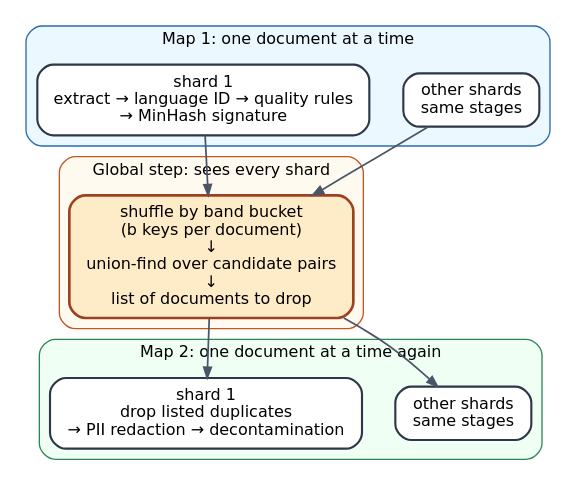
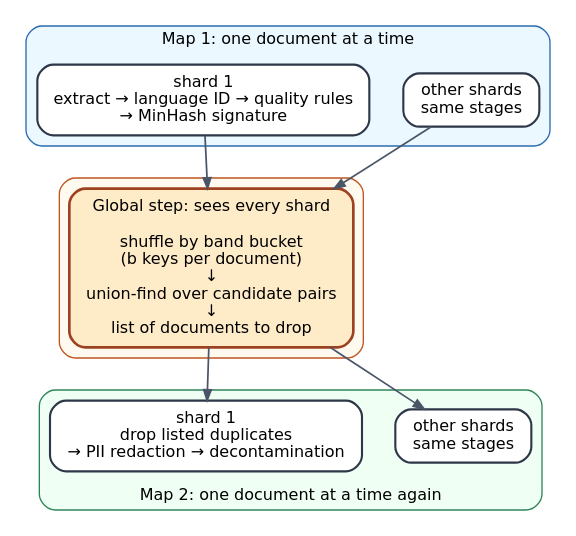
One commit to Beaker12/llmatlas changed the diagram in chapters/04-preprocessing/figures/pipeline-map-shuffle.dot. Above: the diagram before and after it, drawn with Graphviz. The commit also changed 12 other files, not shown here.

First line of the commit message:
Chapter 4: legible figure text, word count as the stated stand-in for text density, schematic re-rendered

```diff
--- a/chapters/04-preprocessing/figures/pipeline-map-shuffle.dot
+++ b/chapters/04-preprocessing/figures/pipeline-map-shuffle.dot
@@ -1,28 +1,28 @@
 digraph pipeline_map_shuffle {
   graph [fontname="DejaVu Sans", nodesep=0.35, ranksep=0.55, newrank=true];
   node  [shape=box, style="rounded,filled", fontname="DejaVu Sans", fontsize=12, color="#4a5568", penwidth=1.4, margin="0.18,0.10"];
   edge  [color="#4a5568", penwidth=1.3, arrowsize=0.8];
 
   subgraph cluster_map1 {
     label="Map 1: one document at a time"; fontname="DejaVu Sans"; fontsize=12;
     style="rounded,filled"; fillcolor="#ebf8ff"; color="#2b6cb0";
     m2 [label="other shards\nsame stages", fillcolor="#ffffff", color="#2d3748", penwidth=1.6];
     m1 [label="shard 1\nextract → language ID → quality rules\n→ MinHash signature", fillcolor="#ffffff", color="#2d3748", penwidth=1.6];
   }
 
   subgraph cluster_global {
-    label="Global step: sees every shard"; fontname="DejaVu Sans"; fontsize=12;
+    label=""; fontname="DejaVu Sans"; fontsize=12;
     style="rounded,filled"; fillcolor="#fffaf0"; color="#c05621";
-    g [label="shuffle by band bucket\n(b keys per document)\n↓\nunion-find over candidate pairs\n↓\nlist of documents to drop", fillcolor="#feebc8", color="#9c4221", penwidth=2.0];
+    g [label="Global step: sees every shard\n\nshuffle by band bucket\n(b keys per document)\n↓\nunion-find over candidate pairs\n↓\nlist of documents to drop", fillcolor="#feebc8", color="#9c4221", penwidth=2.0];
   }
 
   subgraph cluster_map2 {
-    label="Map 2: one document at a time again"; fontname="DejaVu Sans"; fontsize=12;
+    label="Map 2: one document at a time again"; labelloc="b"; fontname="DejaVu Sans"; fontsize=12;
     style="rounded,filled"; fillcolor="#f0fff4"; color="#2f855a";
     f2 [label="other shards\nsame stages", fillcolor="#ffffff", color="#2d3748", penwidth=1.6];
     f1 [label="shard 1\ndrop listed duplicates\n→ PII redaction → decontamination", fillcolor="#ffffff", color="#2d3748", penwidth=1.6];
   }
 
   m2 -> g; m1 -> g;
   g -> f2; g -> f1;
 }
```
